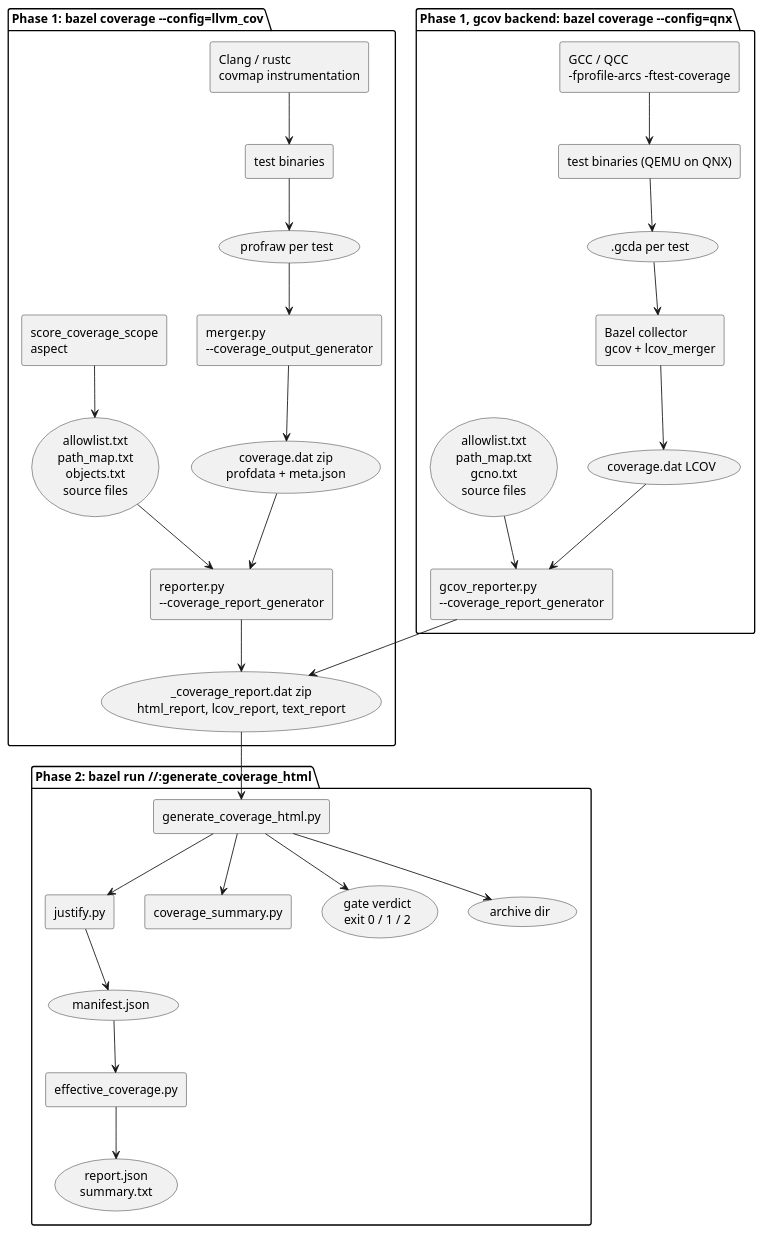
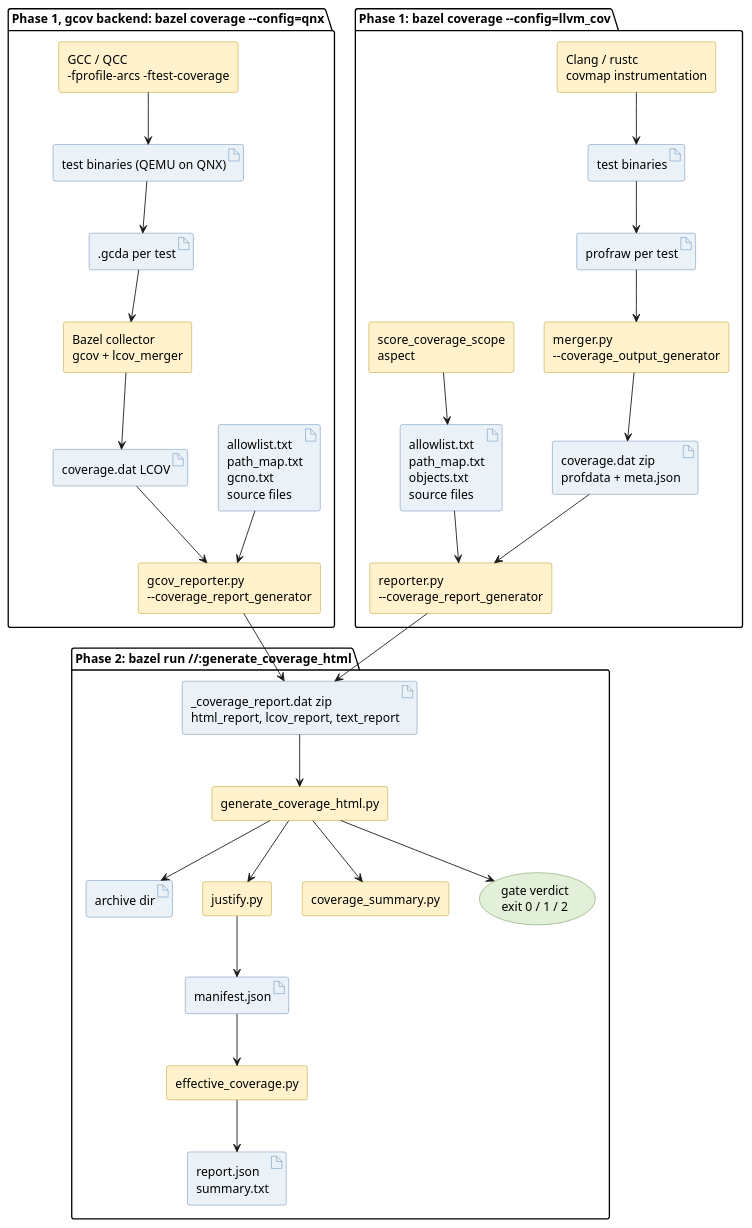
The diagram in docs/architecture/index.rst (bgsw-contrib/score_coverage_tool), drawn with PlantUML before and after one commit. The commit also changed 5 other files, not shown here.

First line of the commit message:
docs: clarify coverage architecture artifacts (#13)

```diff
--- a/docs/architecture/index.rst
+++ b/docs/architecture/index.rst
@@ -38,34 +38,68 @@
 .. uml::
 
    @startuml
    skinparam componentStyle rectangle
+   skinparam artifactBackgroundColor #EAF2F8
+   skinparam artifactBorderColor #4E79A7
+   skinparam componentBackgroundColor #FFF2CC
+   skinparam componentBorderColor #B58B00
+   skinparam usecaseBackgroundColor #E2F0D9
+   skinparam usecaseBorderColor #548235
    package "Phase 1: bazel coverage --config=llvm_cov" {
-     [Clang / rustc\ncovmap instrumentation] --> [test binaries]
-     [test binaries] --> (profraw per test)
-     (profraw per test) --> [merger.py\n--coverage_output_generator]
-     [merger.py\n--coverage_output_generator] --> (coverage.dat zip\nprofdata + meta.json)
-     [score_coverage_scope\naspect] --> (allowlist.txt\npath_map.txt\nobjects.txt\nsource files)
-     (coverage.dat zip\nprofdata + meta.json) --> [reporter.py\n--coverage_report_generator]
-     (allowlist.txt\npath_map.txt\nobjects.txt\nsource files) --> [reporter.py\n--coverage_report_generator]
-     [reporter.py\n--coverage_report_generator] --> (_coverage_report.dat zip\nhtml_report, lcov_report, text_report)
+     artifact "test binaries" as llvm_bins
+     artifact "profraw per test" as llvm_profraw
+     artifact "coverage.dat zip\nprofdata + meta.json" as llvm_test_zip
+     artifact "allowlist.txt\npath_map.txt\nobjects.txt\nsource files" as llvm_scope_files
+     component "Clang / rustc\ncovmap instrumentation" as llvm_instrumentation
+     component "merger.py\n--coverage_output_generator" as llvm_merger
+     component "score_coverage_scope\naspect" as llvm_scope
+     component "reporter.py\n--coverage_report_generator" as llvm_reporter
+
+     llvm_instrumentation --> llvm_bins
+     llvm_bins --> llvm_profraw
+     llvm_profraw --> llvm_merger
+     llvm_merger --> llvm_test_zip
+     llvm_scope --> llvm_scope_files
+     llvm_test_zip --> llvm_reporter
+     llvm_scope_files --> llvm_reporter
    }
+
    package "Phase 1, gcov backend: bazel coverage --config=qnx" {
-     [GCC / QCC\n-fprofile-arcs -ftest-coverage] --> [test binaries (QEMU on QNX)]
-     [test binaries (QEMU on QNX)] --> (.gcda per test)
-     (.gcda per test) --> [Bazel collector\ngcov + lcov_merger]
-     [Bazel collector\ngcov + lcov_merger] --> (coverage.dat LCOV)
-     (coverage.dat LCOV) --> [gcov_reporter.py\n--coverage_report_generator]
-     (allowlist.txt\npath_map.txt\ngcno.txt\nsource files) --> [gcov_reporter.py\n--coverage_report_generator]
-     [gcov_reporter.py\n--coverage_report_generator] --> (_coverage_report.dat zip\nhtml_report, lcov_report, text_report)
+     artifact "test binaries (QEMU on QNX)" as gcov_bins
+     artifact ".gcda per test" as gcda
+     artifact "coverage.dat LCOV" as gcov_lcov
+     artifact "allowlist.txt\npath_map.txt\ngcno.txt\nsource files" as gcov_scope_files
+     component "GCC / QCC\n-fprofile-arcs -ftest-coverage" as gcov_instrumentation
+     component "Bazel collector\ngcov + lcov_merger" as gcov_collector
+     component "gcov_reporter.py\n--coverage_report_generator" as gcov_reporter
+
+     gcov_instrumentation --> gcov_bins
+     gcov_bins --> gcda
+     gcda --> gcov_collector
+     gcov_collector --> gcov_lcov
+     gcov_lcov --> gcov_reporter
+     gcov_scope_files --> gcov_reporter
    }
+
    package "Phase 2: bazel run //:generate_coverage_html" {
-     (_coverage_report.dat zip\nhtml_report, lcov_report, text_report) --> [generate_coverage_html.py]
-     [generate_coverage_html.py] --> [justify.py]
-     [justify.py] --> (manifest.json)
-     (manifest.json) --> [effective_coverage.py]
-     [effective_coverage.py] --> (report.json\nsummary.txt)
-     [generate_coverage_html.py] --> [coverage_summary.py]
-     [generate_coverage_html.py] --> (gate verdict\nexit 0 / 1 / 2)
-     [generate_coverage_html.py] --> (archive dir)
+     artifact "_coverage_report.dat zip\nhtml_report, lcov_report, text_report" as report_zip
+     artifact "manifest.json" as manifest
+     artifact "report.json\nsummary.txt" as effective_report
+     artifact "archive dir" as archive_dir
+     component "generate_coverage_html.py" as generate_coverage_html
+     component "justify.py" as justify
+     component "effective_coverage.py" as effective_coverage
+     component "coverage_summary.py" as coverage_summary
+
+     report_zip --> generate_coverage_html
+     generate_coverage_html --> justify
+     justify --> manifest
+     manifest --> effective_coverage
+     effective_coverage --> effective_report
+     generate_coverage_html --> coverage_summary
+     generate_coverage_html --> (gate verdict\nexit 0 / 1 / 2)
+     generate_coverage_html --> archive_dir
    }
+   llvm_reporter --> report_zip
+   gcov_reporter --> report_zip
    @enduml
```
